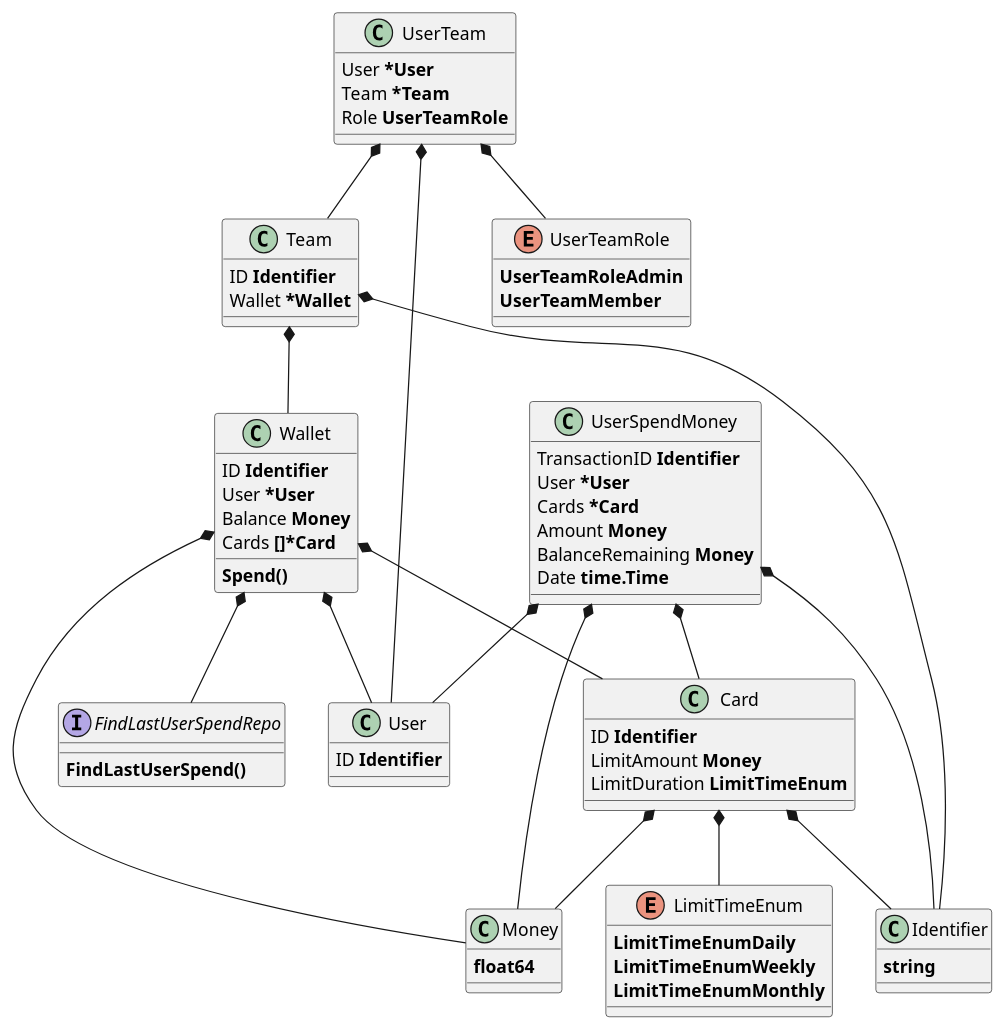
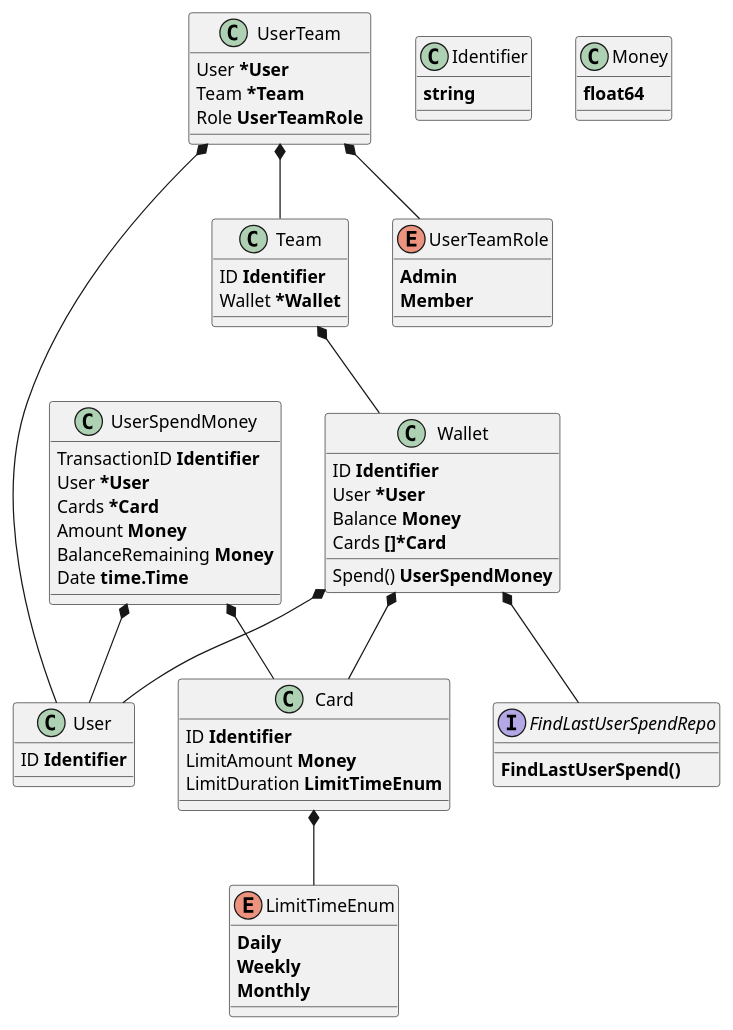
One commit to mirzaakhena/spenmotest changed the diagram in exercise3/doc/class_diagram.puml. Above: the diagram before and after it, drawn with PlantUML. The commit also changed 2 other files, not shown here.

Commit message:
update class diagram

```diff
--- a/exercise3/doc/class_diagram.puml
+++ b/exercise3/doc/class_diagram.puml
@@ -1,85 +1,79 @@
 @startuml
 
 class User {
   {field} ID <b>Identifier</b>
 }
 
 class Wallet {
     {field} ID <b>Identifier</b>
     {field} User <b>*User</b>
     {field} Balance <b>Money</b>
     {field} Cards <b>[]*Card</b>
-    {method} <b>Spend()</b>
+    {method} Spend() <b>UserSpendMoney</b>
 }
 
 Wallet *-- User
-Wallet *-- Money
 Wallet *-- Card
 Wallet *-- FindLastUserSpendRepo
 
 interface FindLastUserSpendRepo {
     {method} <b>FindLastUserSpend()</b>
 }
 
 class Card {
     {field} ID <b>Identifier</b>
     {field} LimitAmount <b>Money</b>
     {field} LimitDuration <b>LimitTimeEnum</b>
 }
 
-Card *-- Identifier
-Card *-- Money
 Card *-- LimitTimeEnum
 
 class UserSpendMoney {
     {field} TransactionID <b>Identifier</b>
     {field} User <b>*User</b>
     {field} Cards <b>*Card</b>
     {field} Amount <b>Money</b>
     {field} BalanceRemaining <b>Money</b>
     {field} Date <b>time.Time</b>
 }
 
-UserSpendMoney *-- Identifier
 UserSpendMoney *-- User
 UserSpendMoney *-- Card
-UserSpendMoney *-- Money
 
 class Team {
    {field} ID <b>Identifier</b>
    {field} Wallet <b>*Wallet</b>
 }
 
-Team *-- Identifier
 Team *-- Wallet
 
 class UserTeam {
 	{field} User <b>*User</b>
 	{field} Team <b>*Team</b>
 	{field} Role <b>UserTeamRole</b>
 }
 
 UserTeam *-- User
 UserTeam *-- Team
 UserTeam *-- UserTeamRole
 
 class Identifier {
 	{field} <b>string</b>
 }
 
 class Money {
 	{field} <b>float64</b>
 }
 
 enum LimitTimeEnum {
-    <b>LimitTimeEnumDaily</b>
-    <b>LimitTimeEnumWeekly</b>
-    <b>LimitTimeEnumMonthly</b>
+    <b>Daily</b>
+    <b>Weekly</b>
+    <b>Monthly</b>
 }
 
 enum UserTeamRole {
-    <b>UserTeamRoleAdmin</b>
-    <b>UserTeamMember</b>
+    <b>Admin</b>
+    <b>Member</b>
 }
 
 @enduml
```
